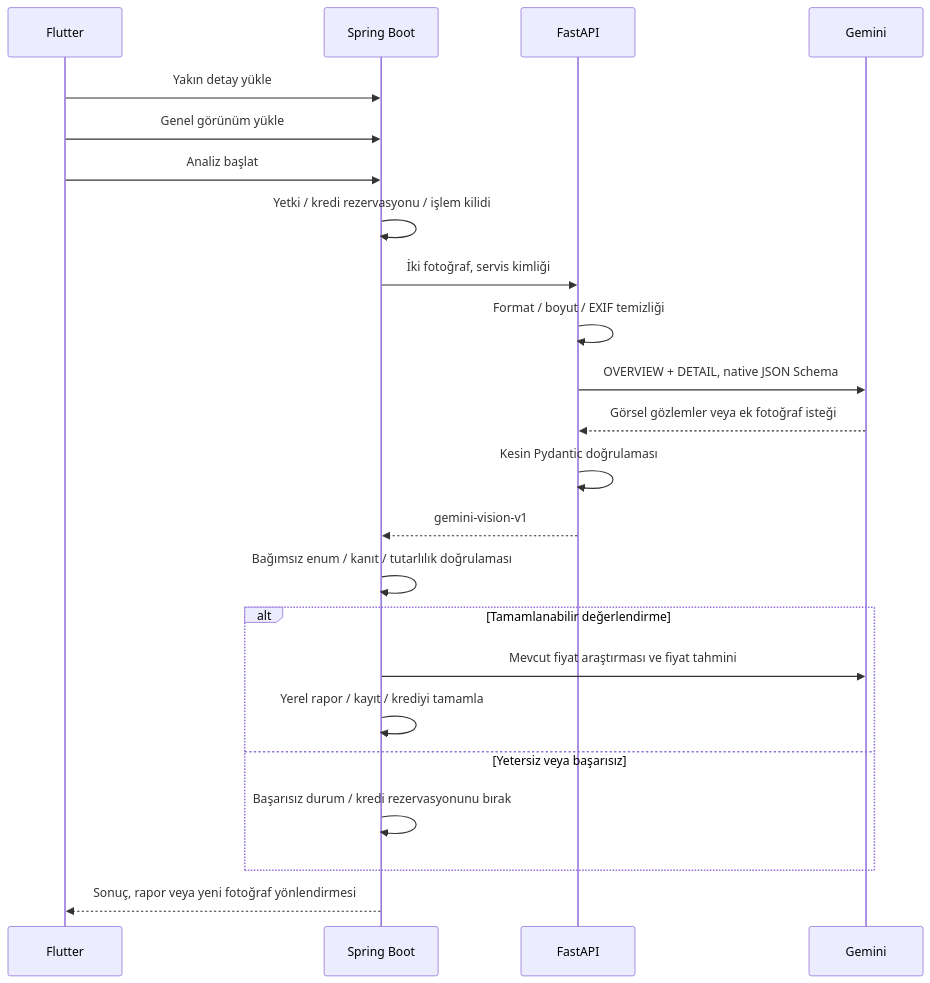
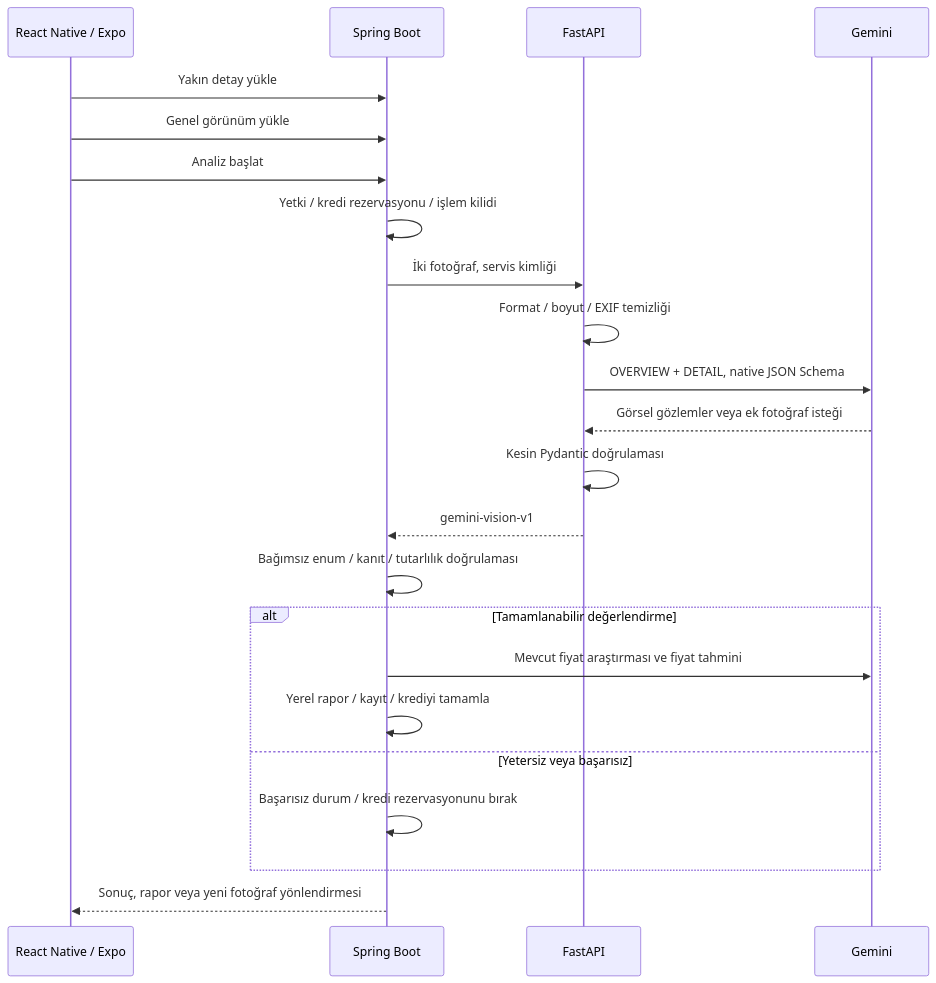
The diagram in docs/GEMINI_VISION_ANALYSIS.md (GorkemErtas/ekspersiz), drawn with Mermaid before and after one commit. The commit also changed other lines of this file and 16 other files, not shown here.

Commit message:
docs: align mobile architecture and release guidance with React Native

````diff
--- a/docs/GEMINI_VISION_ANALYSIS.md
+++ b/docs/GEMINI_VISION_ANALYSIS.md
@@ -9,25 +9,25 @@
 ```mermaid
 sequenceDiagram
-    participant M as Flutter
+    participant M as React Native / Expo
     participant J as Spring Boot
     participant P as FastAPI
     participant G as Gemini
     M->>J: Yakın detay yükle
     M->>J: Genel görünüm yükle
     M->>J: Analiz başlat
     J->>J: Yetki / kredi rezervasyonu / işlem kilidi
     J->>P: İki fotoğraf, servis kimliği
     P->>P: Format / boyut / EXIF temizliği
     P->>G: OVERVIEW + DETAIL, native JSON Schema
     G-->>P: Görsel gözlemler veya ek fotoğraf isteği
     P->>P: Kesin Pydantic doğrulaması
     P-->>J: gemini-vision-v1
     J->>J: Bağımsız enum / kanıt / tutarlılık doğrulaması
     alt Tamamlanabilir değerlendirme
         J->>G: Mevcut fiyat araştırması ve fiyat tahmini
         J->>J: Yerel rapor / kayıt / krediyi tamamla
     else Yetersiz veya başarısız
         J->>J: Başarısız durum / kredi rezervasyonunu bırak
     end
     J-->>M: Sonuç, rapor veya yeni fotoğraf yönlendirmesi
 ```
````
